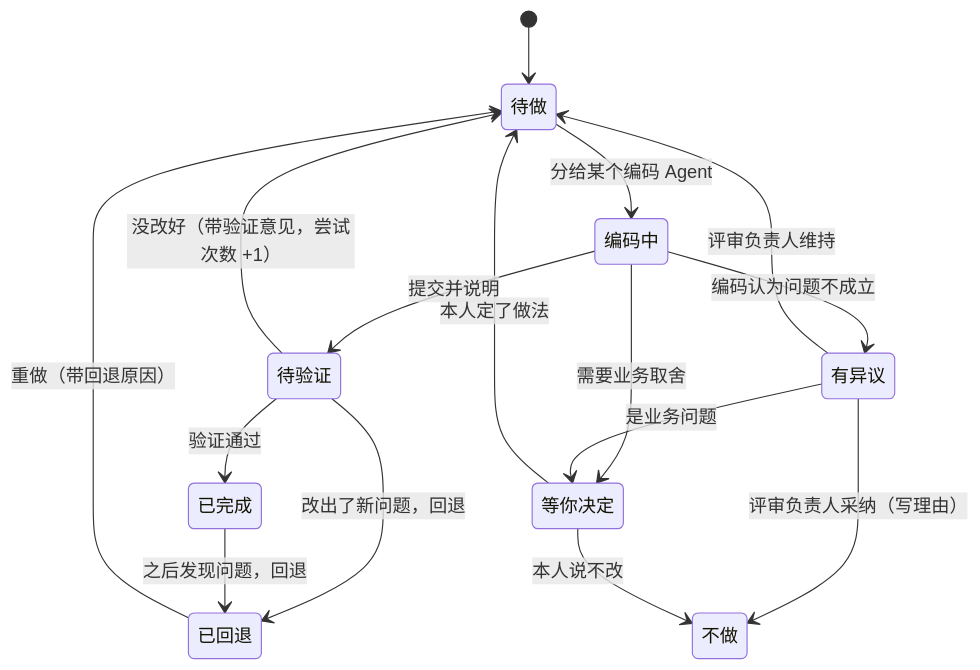
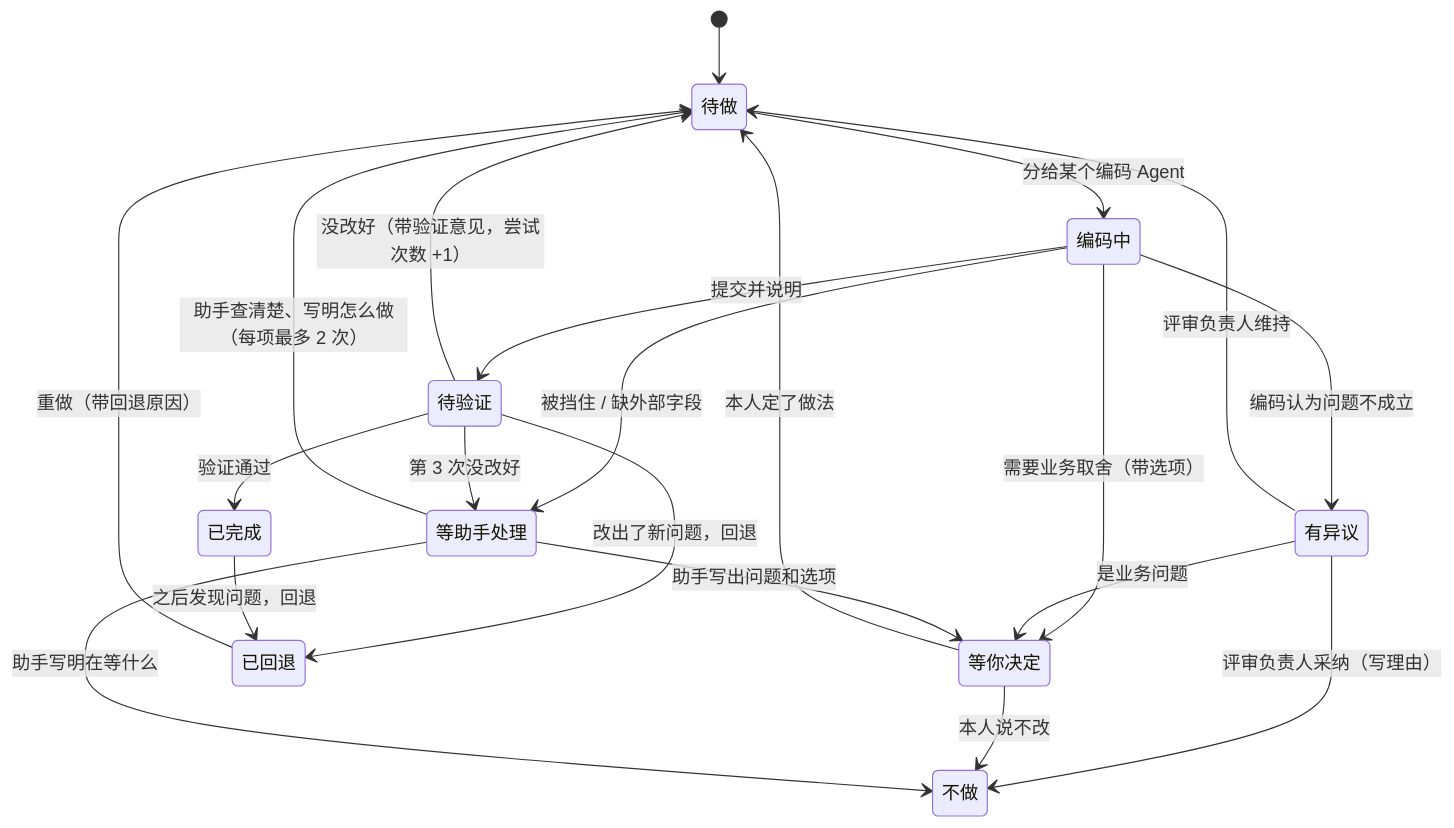
Before and after one commit to lejunyang/omem: the first of 2 diagrams in docs/v2/coding-loop.md, drawn with Mermaid. The commit also changed other lines of this file and 21 other files, not shown here.

Commit message:
编码交办按“等谁”分开：被挡住、修了 3 次没过、几轮没轮到、没有裁决的修改项是“等助手处理”，不发卡片，宿主马上叫醒发起交办的助手（交办照常推进）；“等你决定”只留给带选项的业务取舍，没选项的 report_task / settle_code_task 被拒绝；助手同一项最多重做 2 次、不能替本人决定、只在预算内开下一轮；交办停下时宿主写明停下的原因和等谁；运行页轮次多时较早的轮收进下拉

````diff
--- a/docs/v2/coding-loop.md
+++ b/docs/v2/coding-loop.md
@@ -41,18 +41,23 @@
 ```mermaid
 stateDiagram-v2
   [*] --> 待做
   待做 --> 编码中: 分给某个编码 Agent
   编码中 --> 待验证: 提交并说明
-  编码中 --> 等你决定: 需要业务取舍
+  编码中 --> 等你决定: 需要业务取舍（带选项）
+  编码中 --> 等助手处理: 被挡住 / 缺外部字段
   编码中 --> 有异议: 编码认为问题不成立
   有异议 --> 待做: 评审负责人维持
   有异议 --> 不做: 评审负责人采纳（写理由）
   有异议 --> 等你决定: 是业务问题
   等你决定 --> 待做: 本人定了做法
   等你决定 --> 不做: 本人说不改
+  等助手处理 --> 待做: 助手查清楚、写明怎么做（每项最多 2 次）
+  等助手处理 --> 不做: 助手写明在等什么
+  等助手处理 --> 等你决定: 助手写出问题和选项
   待验证 --> 已完成: 验证通过
   待验证 --> 待做: 没改好（带验证意见，尝试次数 +1）
+  待验证 --> 等助手处理: 第 3 次没改好
   待验证 --> 已回退: 改出了新问题，回退
   已回退 --> 待做: 重做（带回退原因）
   已完成 --> 已回退: 之后发现问题，回退
 ```
````
